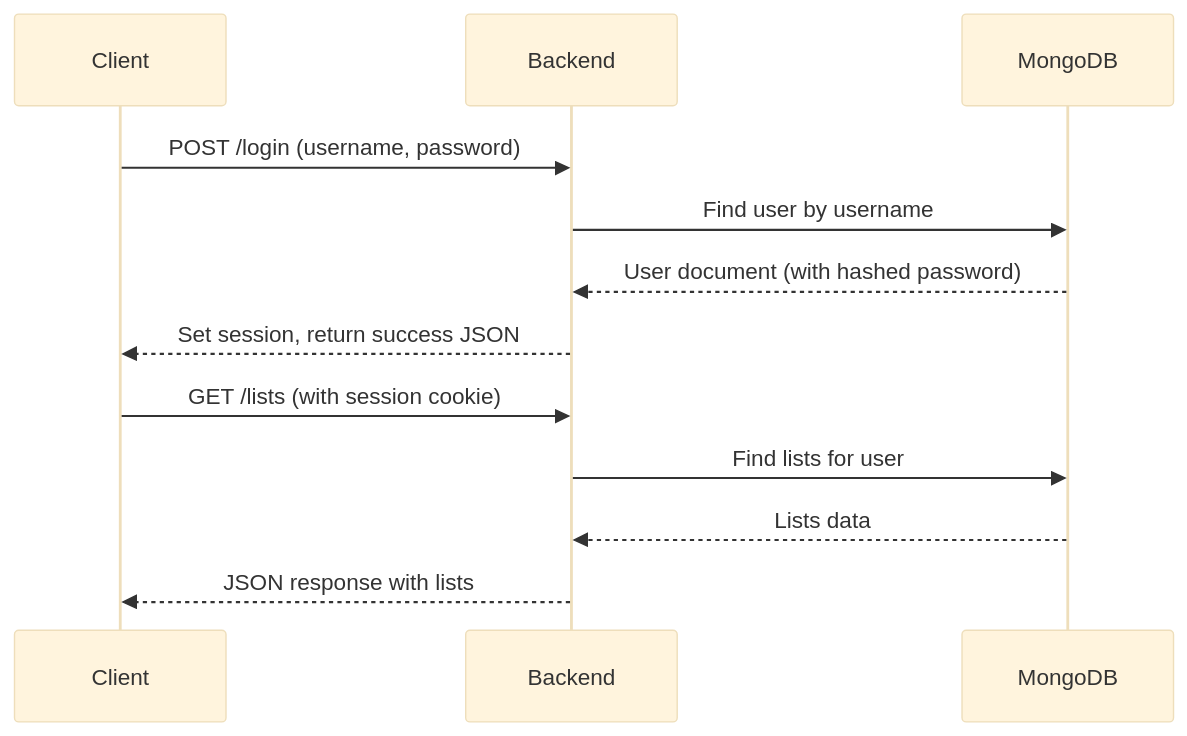
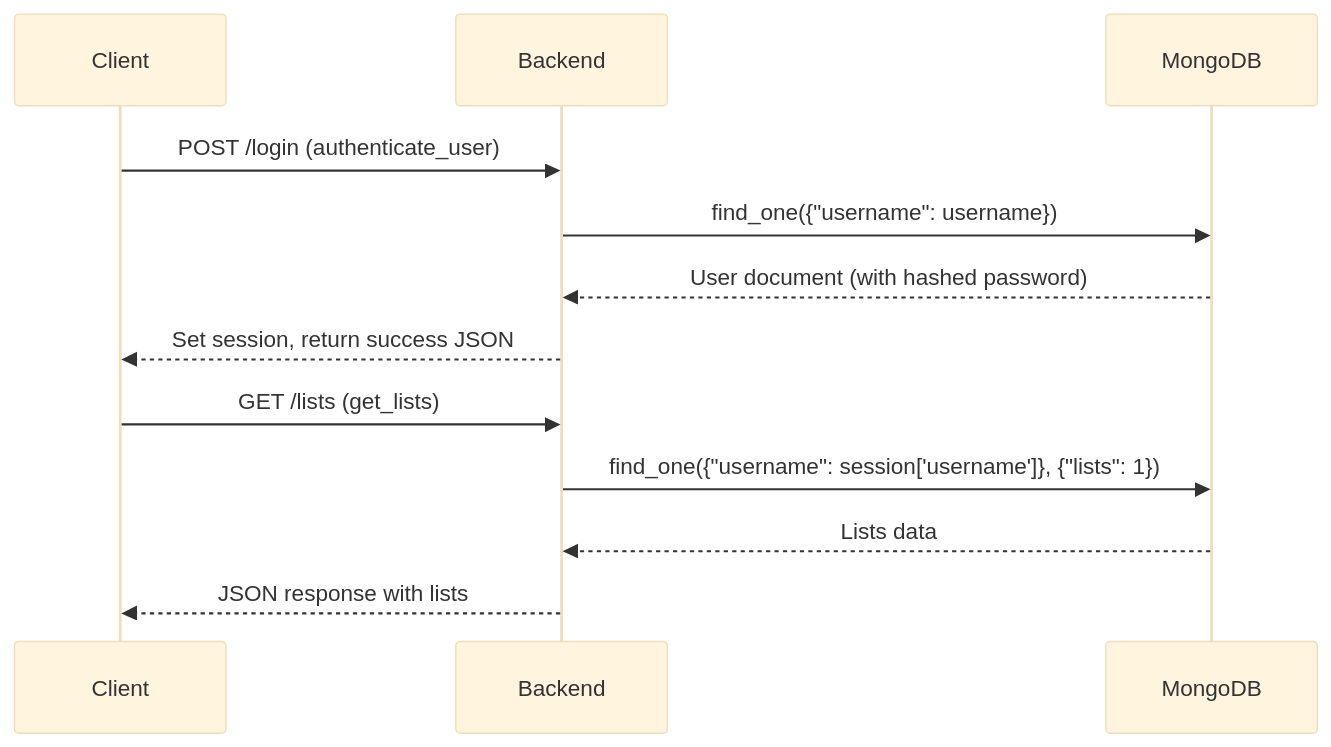
One commit to jfromentrudder/Auth_DB_Microservice changed the diagram in README.md. Above: the diagram before and after it, drawn with Mermaid (base theme). The commit also changed other lines of this file, not shown here.

````diff
--- a/README.md
+++ b/README.md
@@ -122,16 +122,16 @@
 ```mermaid
 sequenceDiagram
     participant Client
     participant Backend
     participant MongoDB
 
-    Client->>Backend: POST /login (username, password)
-    Backend->>MongoDB: Find user by username
+    Client->>Backend: POST /login (authenticate_user)
+    Backend->>MongoDB: find_one({"username": username})
     MongoDB-->>Backend: User document (with hashed password)
     Backend-->>Client: Set session, return success JSON
 
-    Client->>Backend: GET /lists (with session cookie)
-    Backend->>MongoDB: Find lists for user
+    Client->>Backend: GET /lists (get_lists)
+    Backend->>MongoDB: find_one({"username": session['username']}, {"lists": 1})
     MongoDB-->>Backend: Lists data
     Backend-->>Client: JSON response with lists
 ```
````
